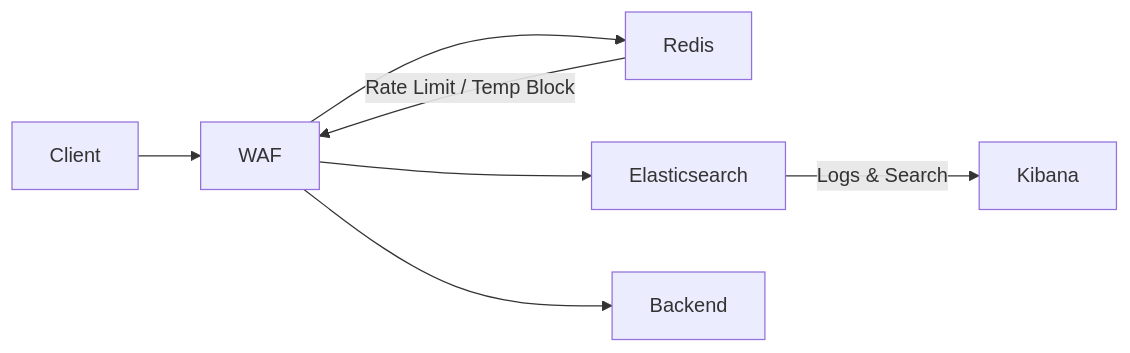
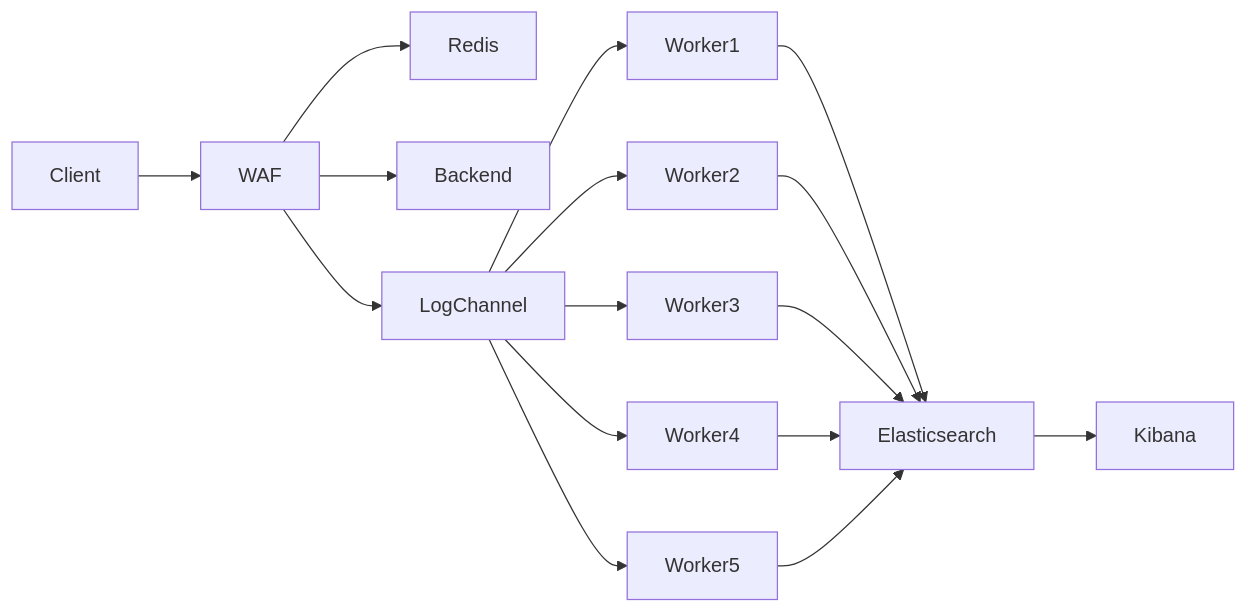
One commit to preyaswi/samplewaf changed the first of 2 diagrams in README.md. Above: the diagram before and after it, drawn with Mermaid. The commit also changed other lines of this file and 28 other files, not shown here.

````diff
--- a/README.md
+++ b/README.md
@@ -21,10 +200,24 @@
 ```mermaid
 flowchart LR
+
     Client --> WAF
+
     WAF --> Redis
-    WAF --> Elasticsearch
     WAF --> Backend
 
-    Redis -->|Rate Limit / Temp Block| WAF
-    Elasticsearch -->|Logs & Search| Kibana
+    WAF --> LogChannel
+
+    LogChannel --> Worker1
+    LogChannel --> Worker2
+    LogChannel --> Worker3
+    LogChannel --> Worker4
+    LogChannel --> Worker5
+
+    Worker1 --> Elasticsearch
+    Worker2 --> Elasticsearch
+    Worker3 --> Elasticsearch
+    Worker4 --> Elasticsearch
+    Worker5 --> Elasticsearch
+
+    Elasticsearch --> Kibana
 ```
````
